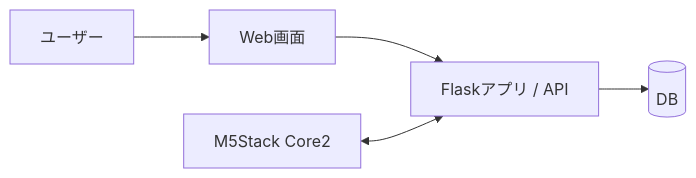
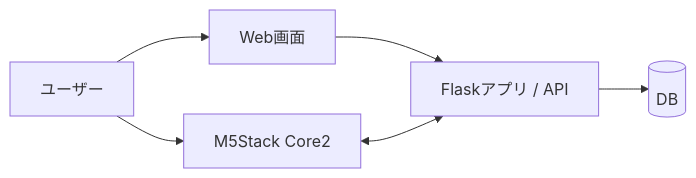
One commit to shinkai23/tickstack-portfolio changed the diagram in README.md. Above: the diagram before and after it, drawn with Mermaid. The commit also changed other lines of this file and 14 other files, not shown here.

````diff
--- a/README.md
+++ b/README.md
@@ -43,7 +47,8 @@
 ```mermaid
 flowchart LR
     User[ユーザー] --> Web[Web画面]
     Web --> Flask[Flaskアプリ / API]
     Flask --> DB[(DB)]
-    M5[M5Stack Core2] <--> Flask
+    User --> M5[M5Stack Core2]
+    M5 <--> Flask
 ```
````
